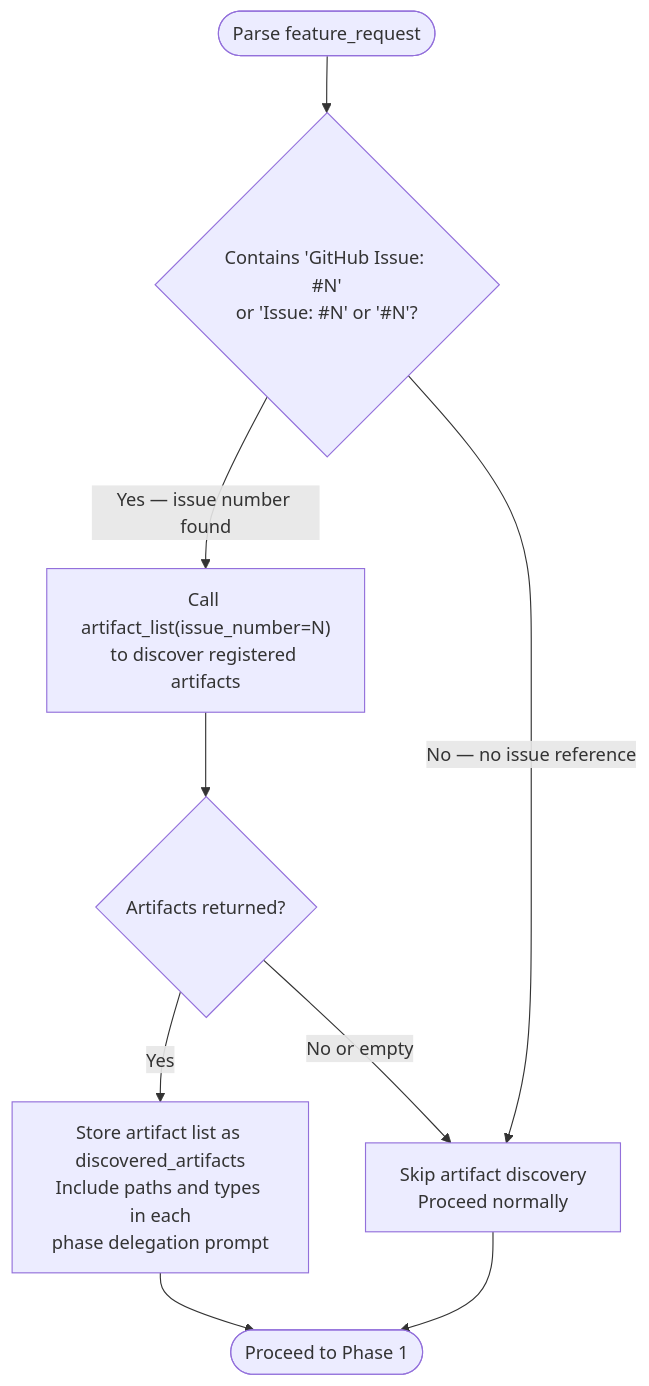
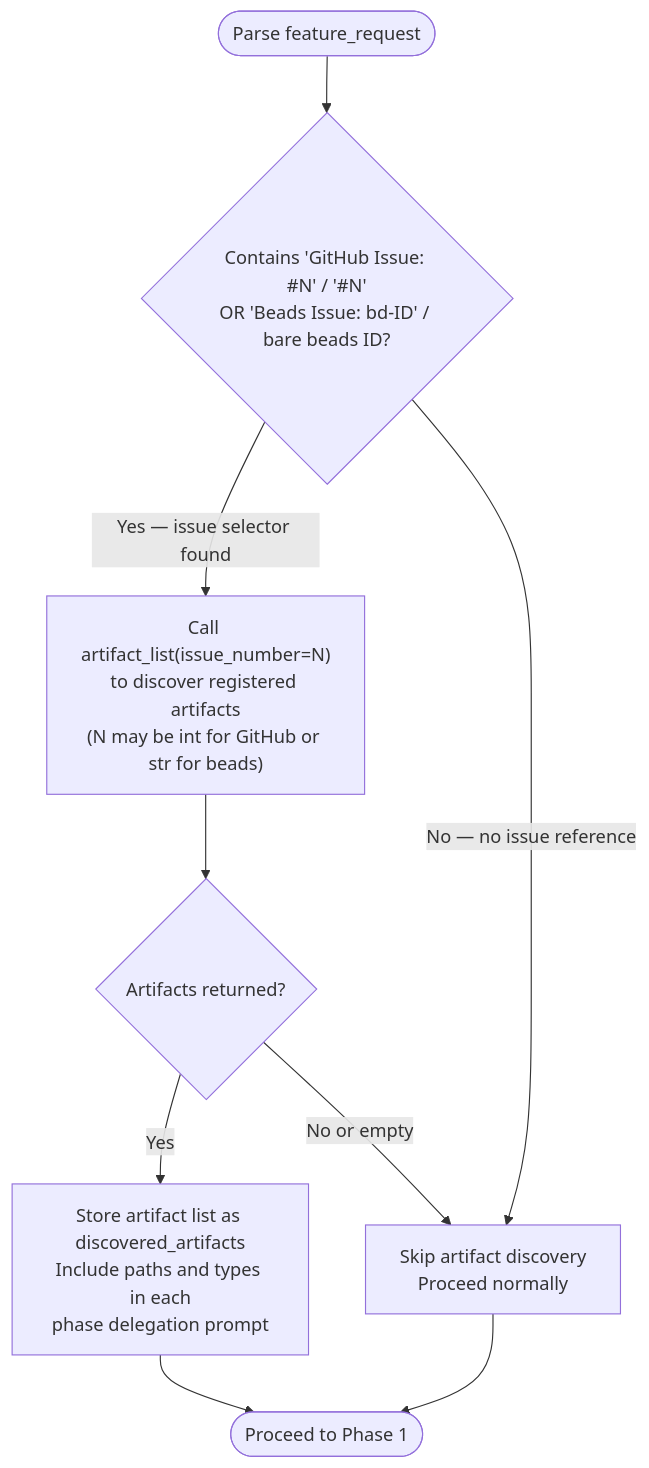
Before and after one commit to chgreer1070/claude_skills: the first of 3 diagrams in plugins/development-harness/skills/add-new-feature/SKILL.md, drawn with Mermaid. The commit also changed other lines of this file and 2 other files, not shown here.

Commit message:
docs(skills): qualify beads ID formats in add-new-feature and complete-implementation
BEHAVIOUR_CHANGE: extend both skills to recognise beads IDs alongside GitHub
#N selectors, backend-condition verified=True (GitHub-only), and document
that Fixes #N commit trailers apply to integer issue numbers only.

Task: Pdec8934d/T22

````diff
--- a/plugins/development-harness/skills/add-new-feature/SKILL.md
+++ b/plugins/development-harness/skills/add-new-feature/SKILL.md
@@ -31,11 +31,11 @@
 ```mermaid
 flowchart TD
-    Start([Parse feature_request]) --> Q{"Contains 'GitHub Issue: #N'<br>or 'Issue: #N' or '#N'?"}
-    Q -->|Yes — issue number found| List["Call artifact_list(issue_number=N)<br>to discover registered artifacts"]
+    Start([Parse feature_request]) --> Q{"Contains 'GitHub Issue: #N' / '#N'<br>OR 'Beads Issue: bd-ID' / bare beads ID?"}
+    Q -->|Yes — issue selector found| List["Call artifact_list(issue_number=N)<br>to discover registered artifacts<br>(N may be int for GitHub or str for beads)"]
     Q -->|No — no issue reference| Skip[Skip artifact discovery<br>Proceed normally]
     List --> Found{Artifacts returned?}
     Found -->|Yes| Store["Store artifact list as discovered_artifacts<br>Include paths and types in each<br>phase delegation prompt"]
     Found -->|No or empty| Skip
     Store --> Phase1([Proceed to Phase 1])
     Skip --> Phase1
 ```
````
